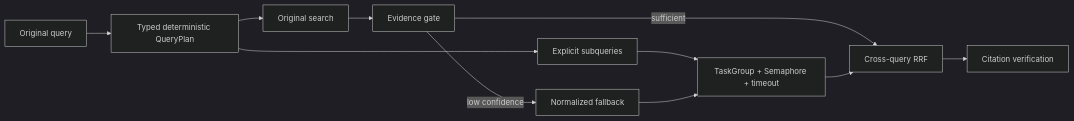
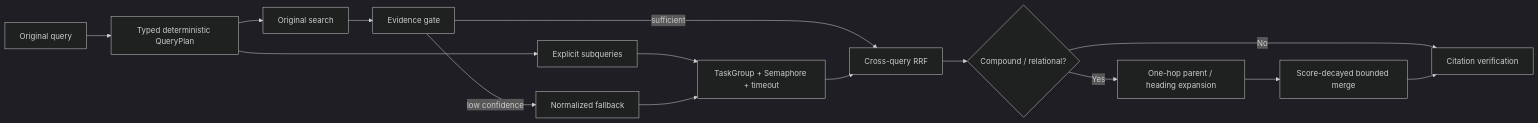
The fourth of 7 diagrams in docs/architecture.md (Cchena1/agentforge), drawn with Mermaid (dark theme) before and after one commit. The commit also changed other lines of this file and 22 other files, not shown here.

Commit message:
feat: integrate plugin-based GraphRAG pipeline

````diff
--- a/docs/architecture.md
+++ b/docs/architecture.md
@@ -326,13 +330,17 @@
 ```mermaid
 flowchart LR
     Q["Original query"] --> P["Typed deterministic QueryPlan"]
     P --> O["Original search"]
     P --> S["Explicit subqueries"]
     O --> E["Evidence gate"]
     E -->|"low confidence"| N["Normalized fallback"]
     E -->|"sufficient"| F["Cross-query RRF"]
     S --> T["TaskGroup + Semaphore + timeout"]
     N --> T
     T --> F
-    F --> V["Citation verification"]
+    F --> R{"Compound / relational?"}
+    R -->|No| V["Citation verification"]
+    R -->|Yes| G["One-hop parent / heading expansion"]
+    G --> M["Score-decayed bounded merge"]
+    M --> V
 ```
````
